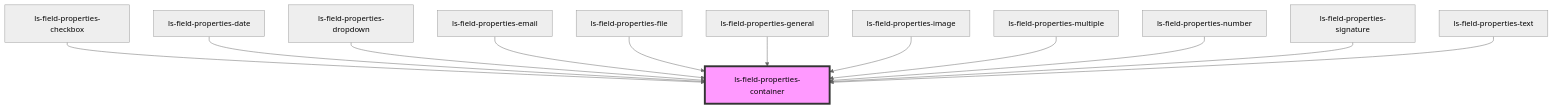
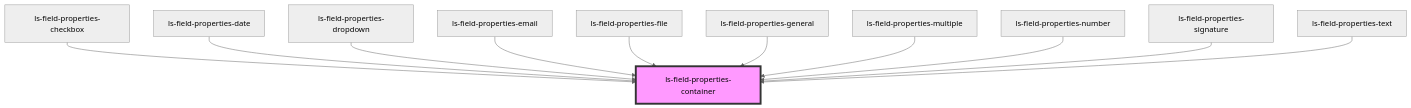
One commit to legalesign/ls-document-viewer changed the diagram in src/components/ls-field-properties-container/readme.md. Above: the diagram before and after it, drawn with Mermaid (neutral theme). The commit also changed other lines of this file and 30 other files, not shown here.

````diff
--- a/src/components/ls-field-properties-container/readme.md
+++ b/src/components/ls-field-properties-container/readme.md
@@ -34,15 +33,14 @@
 ```mermaid
 graph TD;
   ls-field-properties-checkbox --> ls-field-properties-container
   ls-field-properties-date --> ls-field-properties-container
   ls-field-properties-dropdown --> ls-field-properties-container
   ls-field-properties-email --> ls-field-properties-container
   ls-field-properties-file --> ls-field-properties-container
   ls-field-properties-general --> ls-field-properties-container
-  ls-field-properties-image --> ls-field-properties-container
   ls-field-properties-multiple --> ls-field-properties-container
   ls-field-properties-number --> ls-field-properties-container
   ls-field-properties-signature --> ls-field-properties-container
   ls-field-properties-text --> ls-field-properties-container
   style ls-field-properties-container fill:#f9f,stroke:#333,stroke-width:4px
 ```
````
